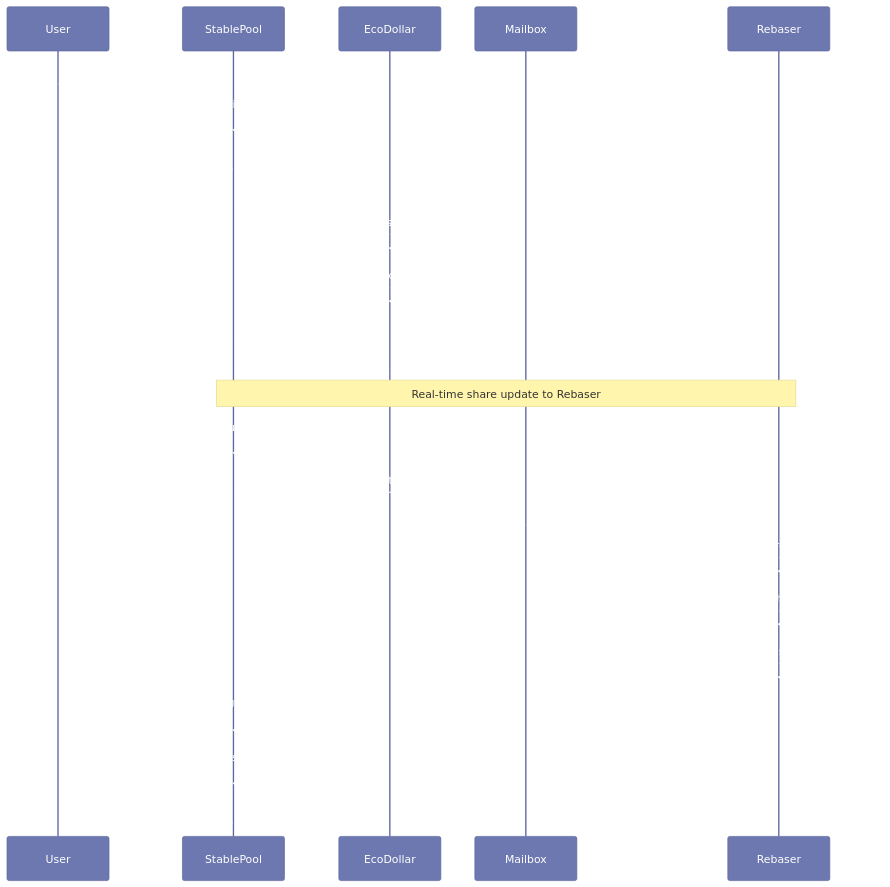
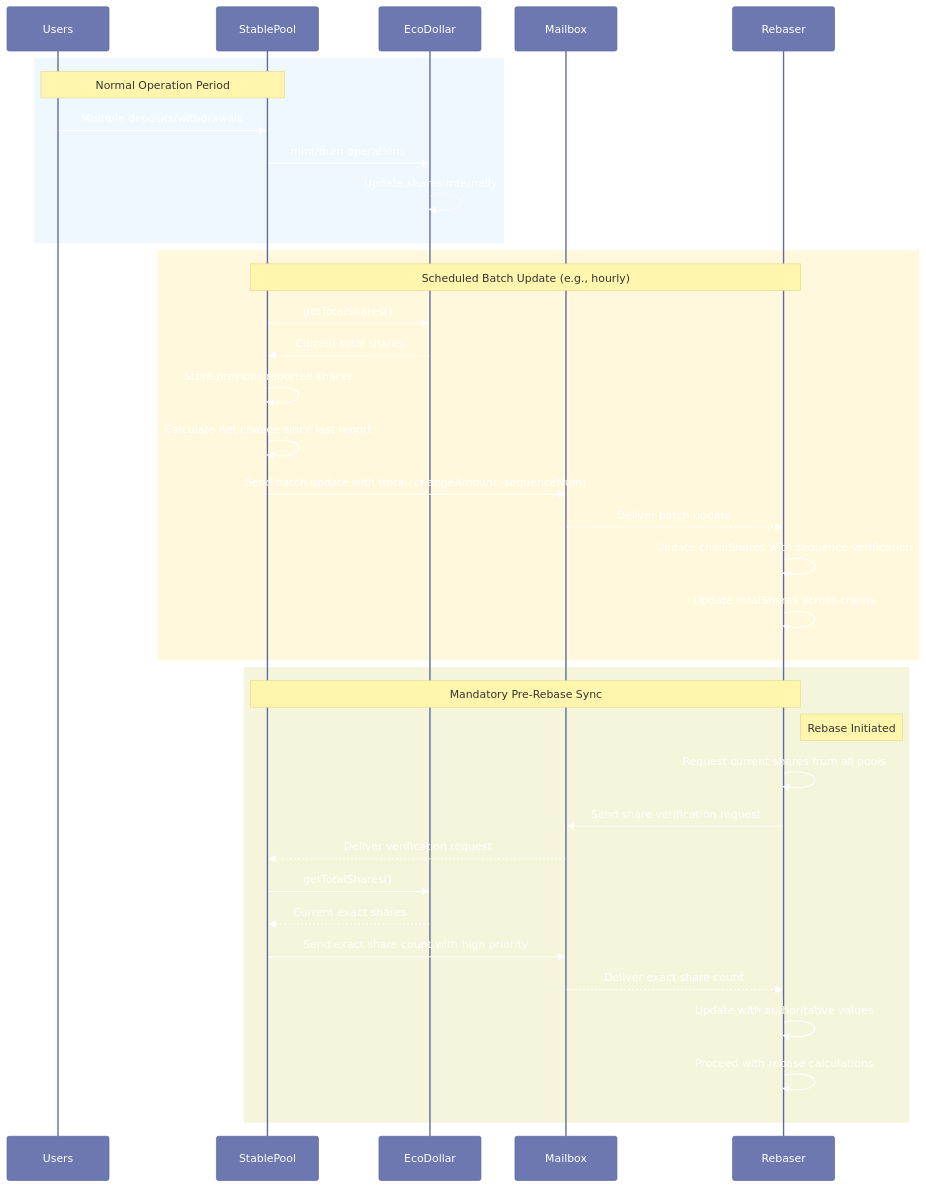
The second of 4 diagrams in plans/rebase-flow-implementation-plan.md (eco/eco-routes-internal), drawn with Mermaid before and after one commit. The commit also changed other lines of this file, not shown here.

First line of the commit message:
docs(plans): update rebase flow with implementation plan analysis

````diff
--- a/plans/rebase-flow-implementation-plan.md
+++ b/plans/rebase-flow-implementation-plan.md
@@ -228,31 +230,43 @@
 ```mermaid
 %%{init: {'theme': 'base', 'themeVariables': { 'primaryColor': '#6C78AF', 'primaryTextColor': '#fff', 'primaryBorderColor': '#5D69A0', 'lineColor': '#5D69A0', 'secondaryColor': '#D3D8F9', 'tertiaryColor': '#E7E9FC' }}}%%
 
 sequenceDiagram
-    participant User
+    participant Users
     participant StablePool
     participant EcoDollar
     participant Mailbox
     participant Rebaser
     
-    User->>StablePool: deposit(token, amount)
-    StablePool->>StablePool: Verify token is whitelisted
-    StablePool->>User: Get tokens from user
-    StablePool->>EcoDollar: mint(user, amount)
-    EcoDollar-->>EcoDollar: Increase user's shares
-    EcoDollar-->>EcoDollar: Increase totalShares
+    rect rgb(240, 248, 255)
+    Note over Users,StablePool: Normal Operation Period
+    Users->>StablePool: Multiple deposits/withdrawals
+    StablePool->>EcoDollar: mint/burn operations
+    EcoDollar-->>EcoDollar: Update shares internally
+    end
+    
+    rect rgb(255, 248, 220)
+    Note over StablePool,Rebaser: Scheduled Batch Update (e.g., hourly)
     StablePool->>EcoDollar: getTotalShares()
     EcoDollar-->>StablePool: Current total shares
+    StablePool->>StablePool: Store previous reported shares
+    StablePool->>StablePool: Calculate net change since last report
+    StablePool->>Mailbox: Send batch update with (total, changeAmount, sequenceNum)
+    Mailbox-->>Rebaser: Deliver batch update
+    Rebaser->>Rebaser: Update chainShares with sequence verification
+    Rebaser->>Rebaser: Update totalShares across chains
+    end
     
-    Note over StablePool,Rebaser: Real-time share update to Rebaser
-    StablePool->>StablePool: Prepare share update message
-    StablePool->>Mailbox: Send share update to Rebaser
-    Mailbox-->>Rebaser: Deliver message with new share total
-    Rebaser->>Rebaser: Update chainShares for origin chain
-    Rebaser->>Rebaser: Recalculate total shares across chains
-    Rebaser->>Rebaser: Emit TotalSharesUpdated event
-    
-    StablePool->>StablePool: Emit SharesUpdated event
-    StablePool->>StablePool: Emit Deposited event
-    StablePool-->>User: Deposit complete
+    rect rgb(245, 245, 220)
+    Note over StablePool,Rebaser: Mandatory Pre-Rebase Sync
+    Note right of Rebaser: Rebase Initiated
+    Rebaser->>Rebaser: Request current shares from all pools
+    Rebaser->>Mailbox: Send share verification request
+    Mailbox-->>StablePool: Deliver verification request
+    StablePool->>EcoDollar: getTotalShares()
+    EcoDollar-->>StablePool: Current exact shares
+    StablePool->>Mailbox: Send exact share count with high priority
+    Mailbox-->>Rebaser: Deliver exact share count
+    Rebaser->>Rebaser: Update with authoritative values
+    Rebaser->>Rebaser: Proceed with rebase calculations
+    end
 ```
````
